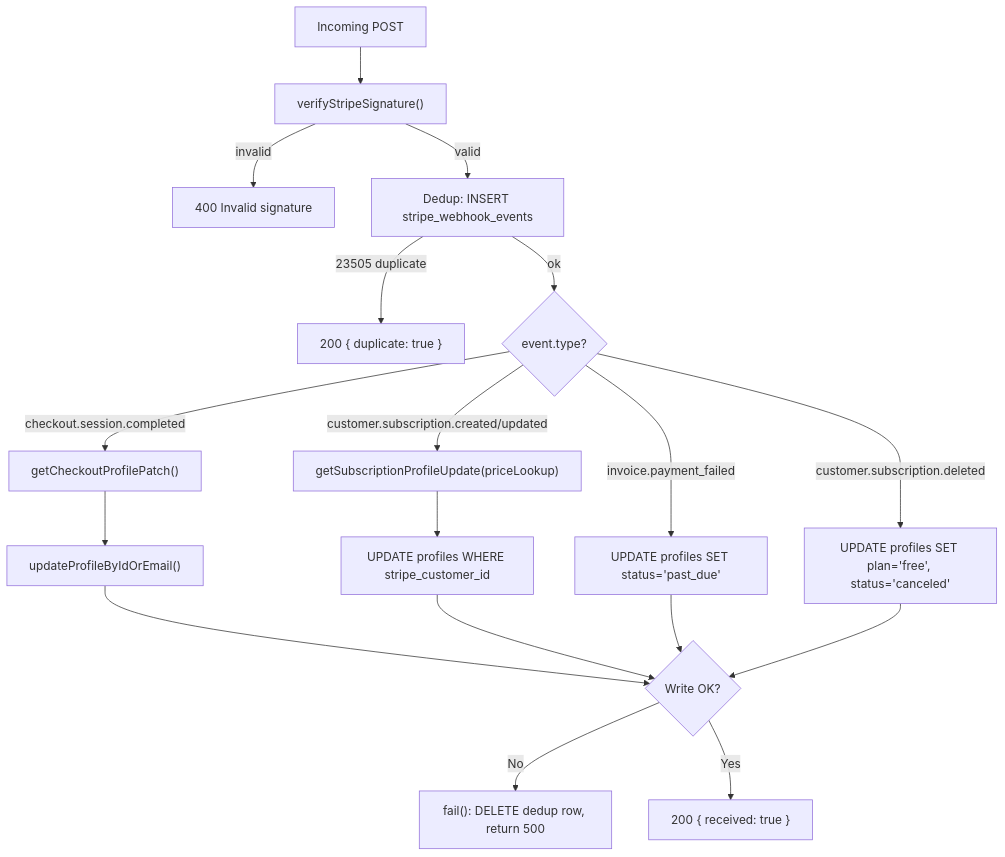
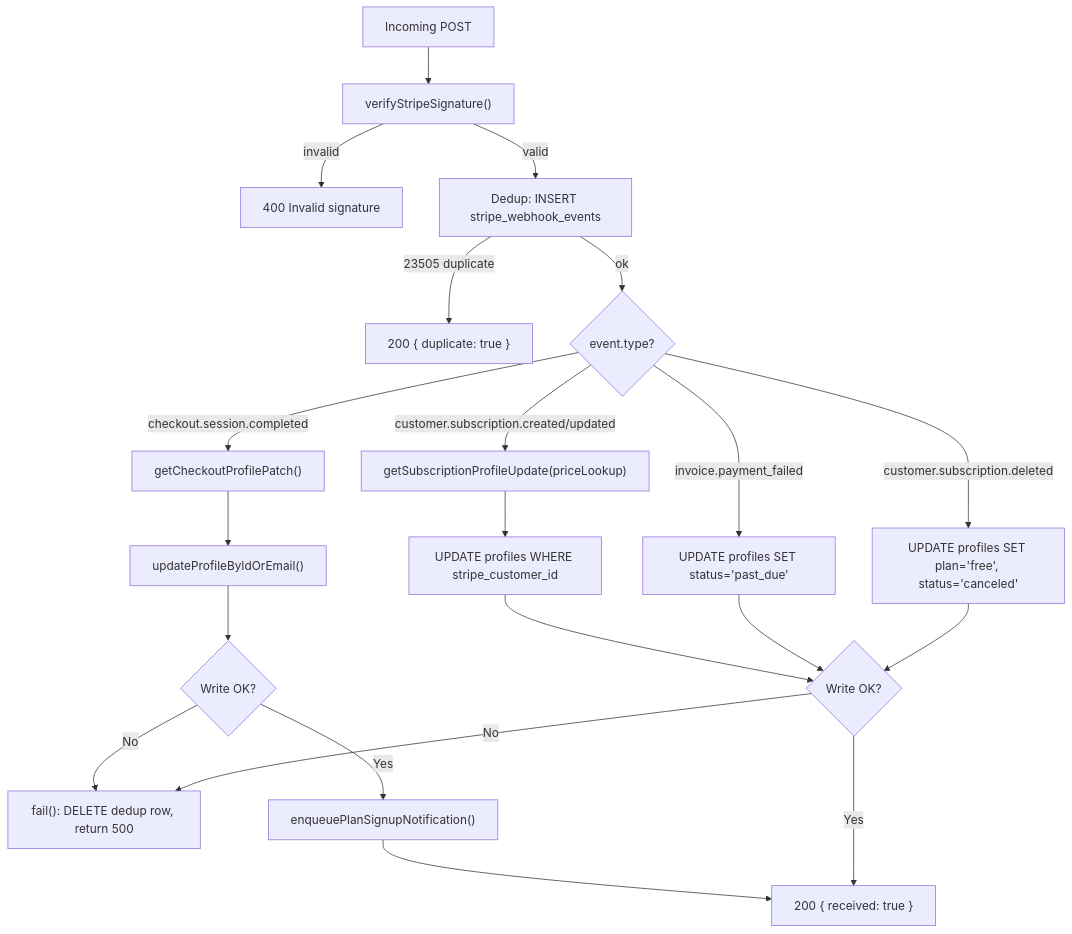
The fourth of 5 diagrams in docs/wiki/Billing-Stripe-Integration.md (Dutiva-Canada/Dutiva_Web), drawn with Mermaid before and after one commit. The commit also changed other lines of this file and 11 other files, not shown here.

````diff
--- a/docs/wiki/Billing-Stripe-Integration.md
+++ b/docs/wiki/Billing-Stripe-Integration.md
@@ -247,20 +247,23 @@
 ```mermaid
 flowchart TD
     A["Incoming POST"] --> B["verifyStripeSignature()"]
     B -->|"invalid"| C["400 Invalid signature"]
     B -->|"valid"| D["Dedup: INSERT stripe_webhook_events"]
     D -->|"23505 duplicate"| E["200 { duplicate: true }"]
     D -->|"ok"| F{"event.type?"}
     F -->|"checkout.session.completed"| G["getCheckoutProfilePatch()"]
     G --> H["updateProfileByIdOrEmail()"]
+    H --> M1{"Write OK?"}
+    M1 -->|"No"| N["fail(): DELETE dedup row, return 500"]
+    M1 -->|"Yes"| P["enqueuePlanSignupNotification()"]
+    P --> O["200 { received: true }"]
     F -->|"customer.subscription.created/updated"| I["getSubscriptionProfileUpdate(priceLookup)"]
     I --> J["UPDATE profiles WHERE stripe_customer_id"]
     F -->|"invoice.payment_failed"| K["UPDATE profiles SET status='past_due'"]
     F -->|"customer.subscription.deleted"| L["UPDATE profiles SET plan='free', status='canceled'"]
-    H --> M{"Write OK?"}
-    J --> M
+    J --> M{"Write OK?"}
     K --> M
     L --> M
-    M -->|"No"| N["fail(): DELETE dedup row, return 500"]
-    M -->|"Yes"| O["200 { received: true }"]
+    M -->|"No"| N
+    M -->|"Yes"| O
 ```
````
